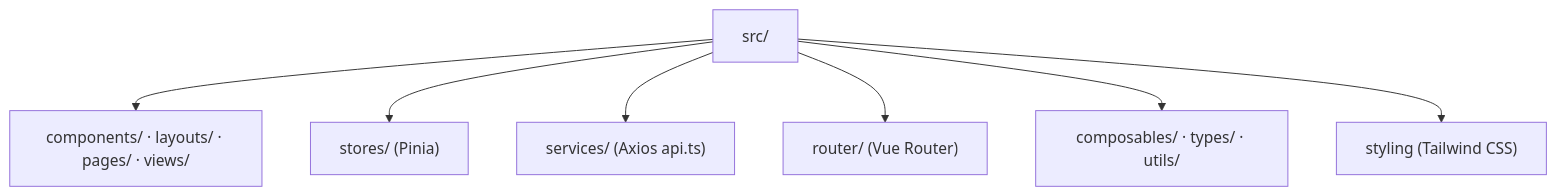
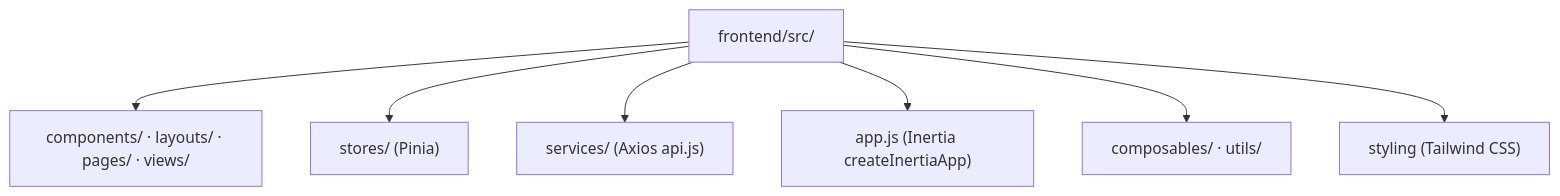
One commit to RITH-1437/educore changed diagram 25 of 34 in docs/1_EduCore-Project-Report.md. Above: the diagram before and after it, drawn with Mermaid. The commit also changed other lines of this file and 144 other files, not shown here.

````diff
--- a/docs/1_EduCore-Project-Report.md
+++ b/docs/1_EduCore-Project-Report.md
@@ -624,9 +626,9 @@
 ```mermaid
 flowchart TB
-    SRC["src/"] --> FE2["components/ · layouts/ · pages/ · views/"]
+    SRC["frontend/src/"] --> FE2["components/ · layouts/ · pages/ · views/"]
     SRC --> ST["stores/ (Pinia)"]
-    SRC --> SV["services/ (Axios api.ts)"]
-    SRC --> ROUTER["router/ (Vue Router)"]
-    SRC --> UX["composables/ · types/ · utils/"]
+    SRC --> SV["services/ (Axios api.js)"]
+    SRC --> BOOT["app.js (Inertia createInertiaApp)"]
+    SRC --> UX["composables/ · utils/"]
     SRC --> UI["styling (Tailwind CSS)"]
 ```
````
